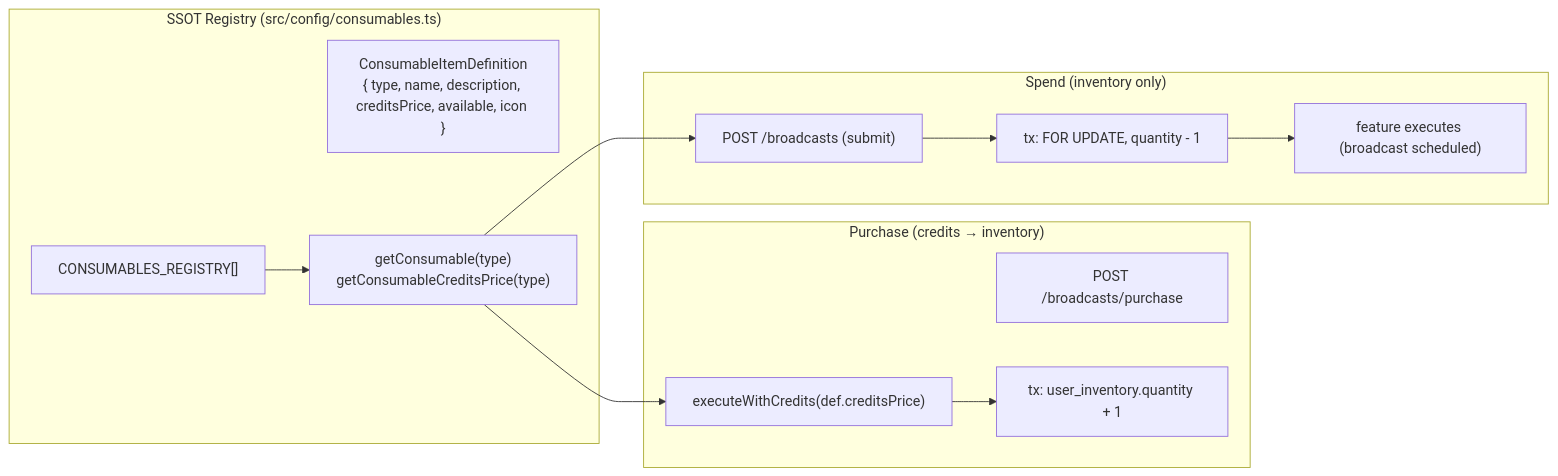
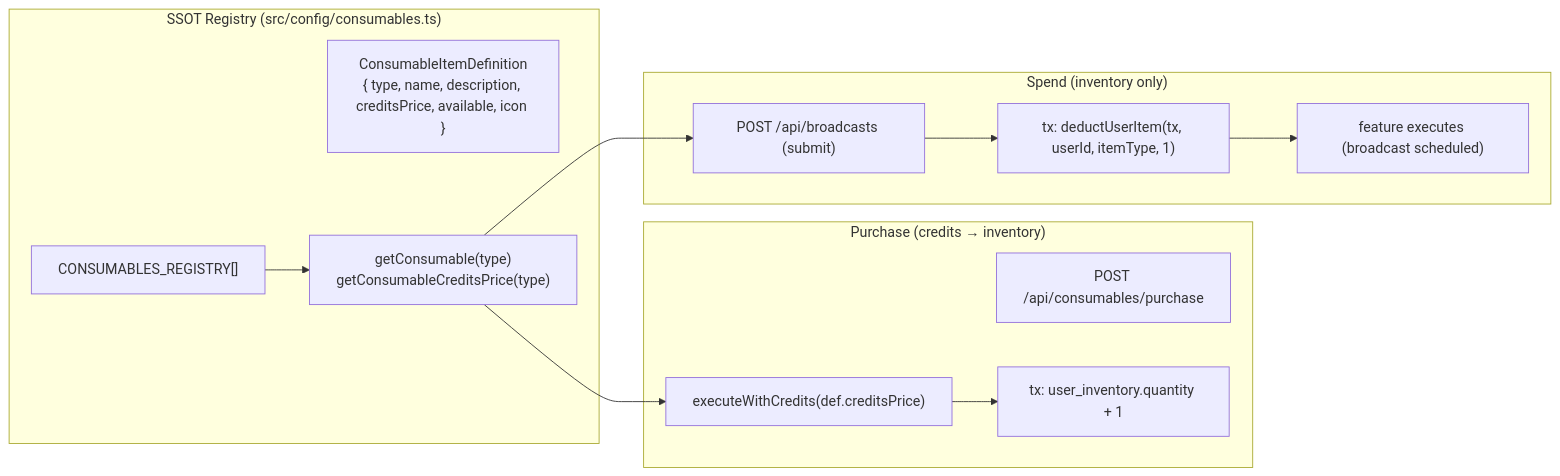
The first of 2 diagrams in docs/architecture/CONSUMABLE_ITEMS_ARCHITECTURE.md (txufiknr/Twistloom-backend), drawn with Mermaid before and after one commit. The commit also changed other lines of this file and 11 other files, not shown here.

````diff
--- a/docs/architecture/CONSUMABLE_ITEMS_ARCHITECTURE.md
+++ b/docs/architecture/CONSUMABLE_ITEMS_ARCHITECTURE.md
@@ -20,26 +20,26 @@
 ```mermaid
 flowchart LR
     subgraph Registry ["SSOT Registry (src/config/consumables.ts)"]
         REG["CONSUMABLES_REGISTRY[]"]
         DEF["ConsumableItemDefinition<br/>{ type, name, description, creditsPrice, available, icon }"]
         GET["getConsumable(type)<br/>getConsumableCreditsPrice(type)"]
     end
 
     subgraph Purchase ["Purchase (credits → inventory)"]
-        P1["POST /broadcasts/purchase"]
+        P1["POST /api/consumables/purchase"]
         P2["executeWithCredits(def.creditsPrice)"]
         P3["tx: user_inventory.quantity + 1"]
     end
 
     subgraph Spend ["Spend (inventory only)"]
-        S1["POST /broadcasts (submit)"]
-        S2["tx: FOR UPDATE, quantity - 1"]
+        S1["POST /api/broadcasts (submit)"]
+        S2["tx: deductUserItem(tx, userId, itemType, 1)"]
         S3["feature executes (broadcast scheduled)"]
     end
 
     REG --> GET
     GET --> P2
     P2 --> P3
     GET --> S1
     S1 --> S2 --> S3
 ```
````
